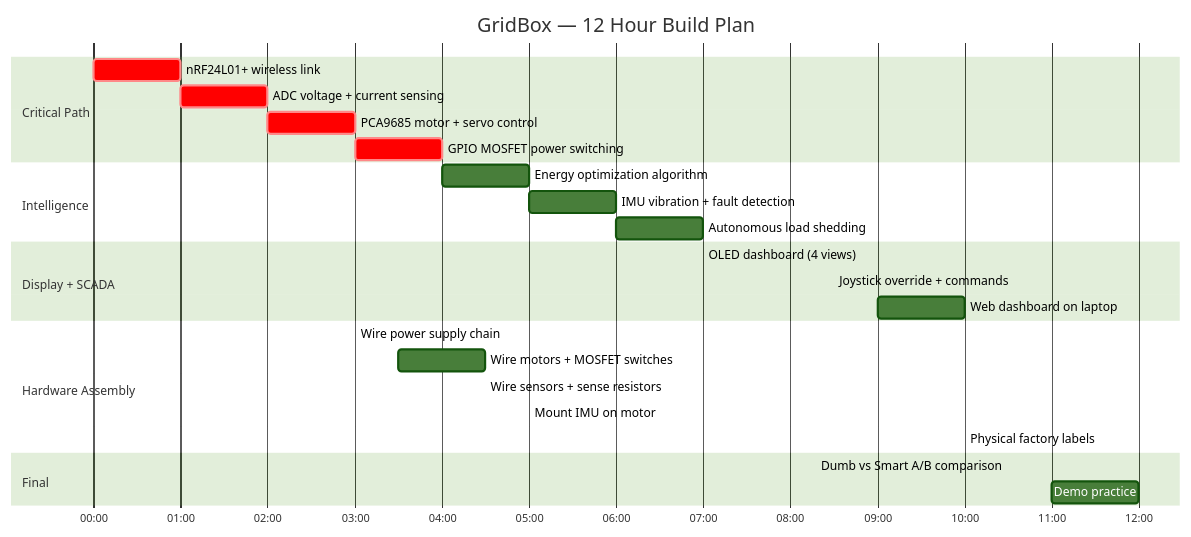
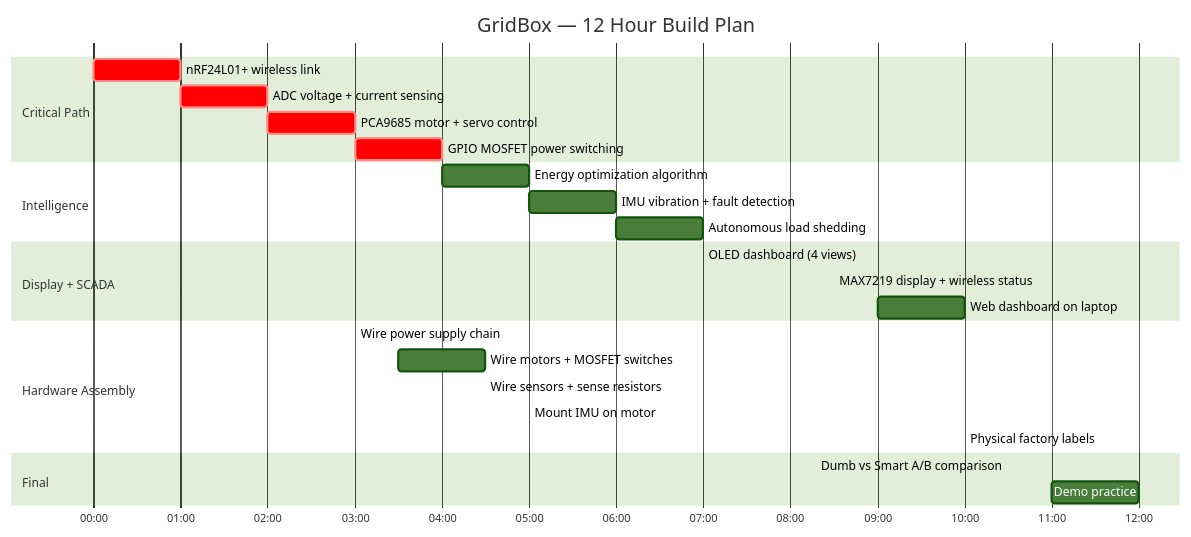
One commit to doyun-gu/hack-a-bot-2026 changed diagram 14 of 14 in docs/01-overview/gridbox-design.md. Above: the diagram before and after it, drawn with Mermaid (forest theme). The commit also changed other lines of this file and 11 other files, not shown here.

````diff
--- a/docs/01-overview/gridbox-design.md
+++ b/docs/01-overview/gridbox-design.md
@@ -508,33 +509,33 @@
 ```mermaid
 gantt
     title GridBox — 12 Hour Build Plan
     dateFormat HH:mm
     axisFormat %H:%M
 
     section Critical Path
     nRF24L01+ wireless link              :crit, 00:00, 1h
     ADC voltage + current sensing        :crit, 01:00, 1h
     PCA9685 motor + servo control        :crit, 02:00, 1h
     GPIO MOSFET power switching          :crit, 03:00, 1h
 
     section Intelligence
     Energy optimization algorithm        :04:00, 1h
     IMU vibration + fault detection      :05:00, 1h
     Autonomous load shedding             :06:00, 1h
 
     section Display + SCADA
     OLED dashboard (4 views)             :07:00, 1h30min
-    Joystick override + commands         :08:30, 30min
+    MAX7219 display + wireless status    :08:30, 30min
     Web dashboard on laptop              :09:00, 1h
 
     section Hardware Assembly
     Wire power supply chain              :03:00, 30min
     Wire motors + MOSFET switches        :03:30, 1h
     Wire sensors + sense resistors       :04:30, 30min
     Mount IMU on motor                   :05:00, 15min
     Physical factory labels              :10:00, 30min
 
     section Final
     Dumb vs Smart A/B comparison         :10:30, 30min
     Demo practice                        :11:00, 1h
 ```
````
